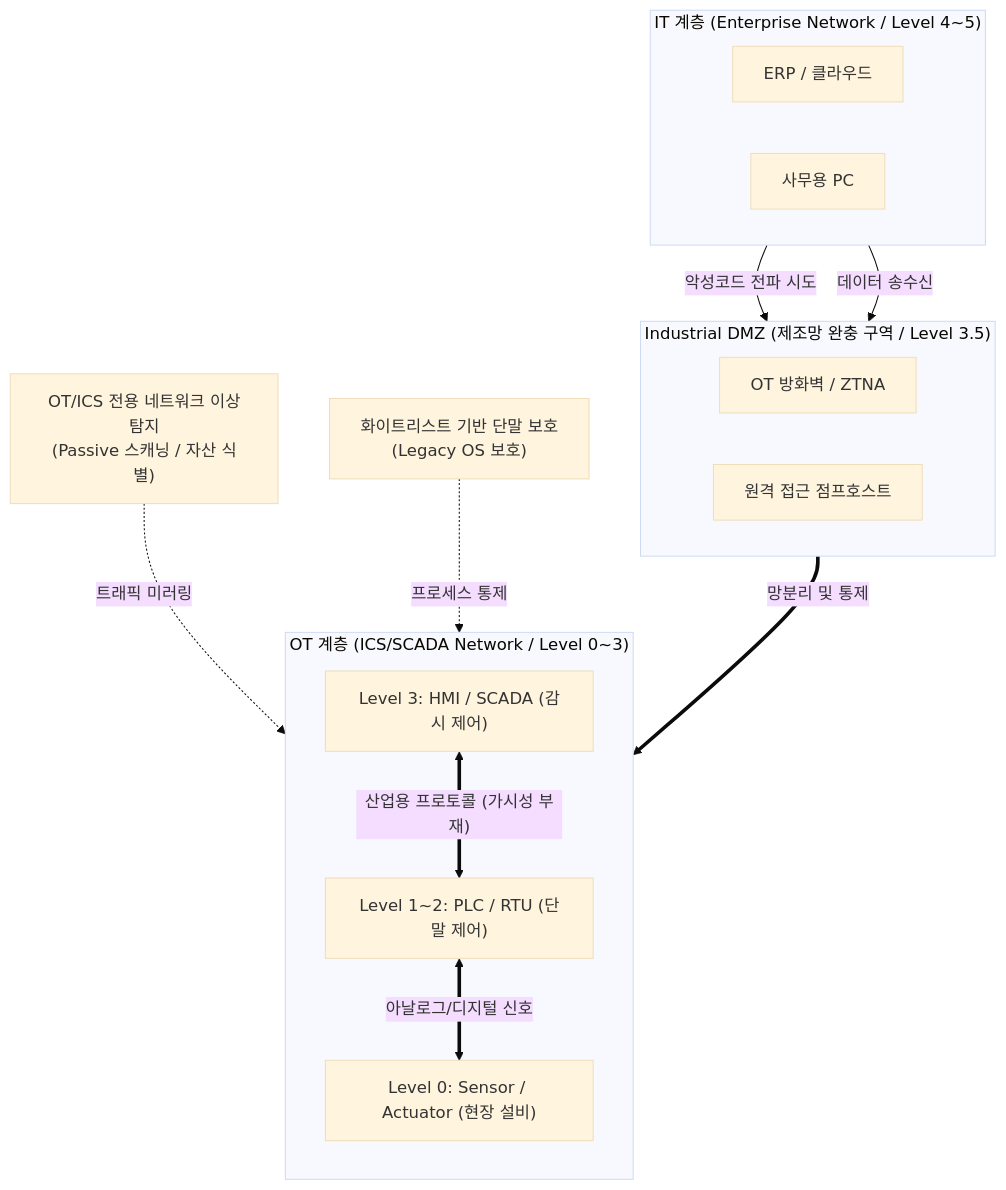
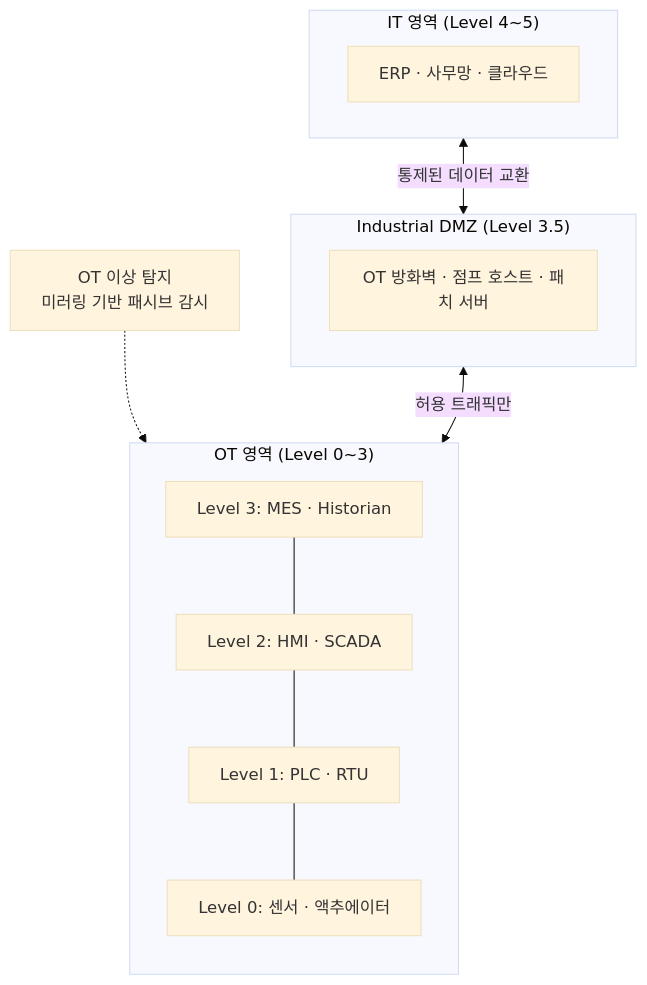
The diagram in content/01_IT Tech/스마트팩토리 보안취약점 및 대응방안.md (supremethumb/supremethumb.github.io), drawn with Mermaid (base theme) before and after one commit. The commit also changed other lines of this file and 1087 other files, not shown here.

````diff
--- a/content/01_IT Tech/스마트팩토리 보안취약점 및 대응방안.md
+++ b/content/01_IT Tech/스마트팩토리 보안취약점 및 대응방안.md
@@ -27,34 +36,20 @@
 ```mermaid
 flowchart TB
-    subgraph IT_Zone ["IT 계층 (Enterprise Network / Level 4~5)"]
-        direction LR
-        ERP["ERP / 클라우드"]
-        User["사무용 PC"]
+    subgraph IT["IT 영역 (Level 4~5)"]
+        ERP["ERP · 사무망 · 클라우드"]
     end
-
-    subgraph IDMZ ["Industrial DMZ (제조망 완충 구역 / Level 3.5)"]
-        direction LR
-        FW["OT 방화벽 / ZTNA"]
-        Jump["원격 접근 점프호스트"]
+    subgraph DMZ["Industrial DMZ (Level 3.5)"]
+        FW["OT 방화벽 · 점프 호스트 · 패치 서버"]
     end
-
-    subgraph OT_Zone ["OT 계층 (ICS/SCADA Network / Level 0~3)"]
+    subgraph OT["OT 영역 (Level 0~3)"]
         direction TB
-        L3["Level 3: HMI / SCADA (감시 제어)"]
-        L12["Level 1~2: PLC / RTU (단말 제어)"]
-        L0["Level 0: Sensor / Actuator (현장 설비)"]
-        
-        L3 <== "산업용 프로토콜 (가시성 부재)" ==> L12
-        L12 <== "아날로그/디지털 신호" ==> L0
+        L3["Level 3: MES · Historian"]
+        L2["Level 2: HMI · SCADA"]
+        L1["Level 1: PLC · RTU"]
+        L0["Level 0: 센서 · 액추에이터"]
+        L3 --- L2 --- L1 --- L0
     end
-
-    %% 위협 및 대응 흐름
-    User -- "악성코드 전파 시도" --> FW
-    ERP -- "데이터 송수신" --> FW
-    FW == "망분리 및 통제" ==> L3
-    
-    %% 핵심 대응
-    OT_IDS["OT/ICS 전용 네트워크 이상탐지<br/>(Passive 스캐닝 / 자산 식별)"] -. "트래픽 미러링" .-> L3
-    Whitelisting["화이트리스트 기반 단말 보호<br/>(Legacy OS 보호)"] -. "프로세스 통제" .-> L3
-
+    IT <-->|"통제된 데이터 교환"| DMZ
+    DMZ <-->|"허용 트래픽만"| L3
+    IDS["OT 이상 탐지<br/>미러링 기반 패시브 감시"] -.-> L2
 ```
````
